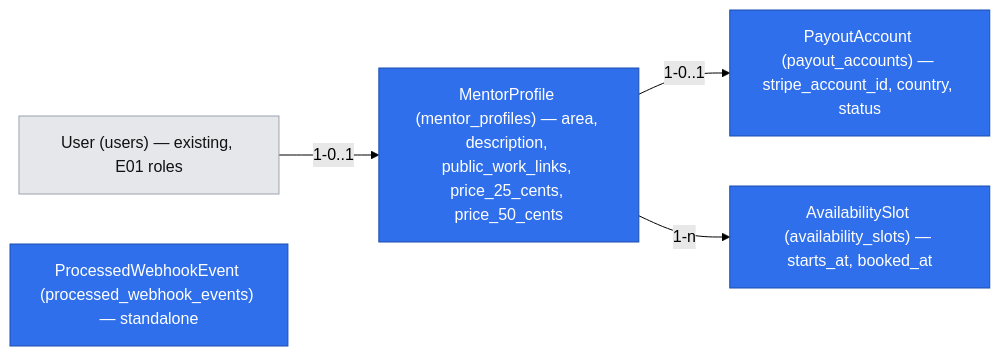
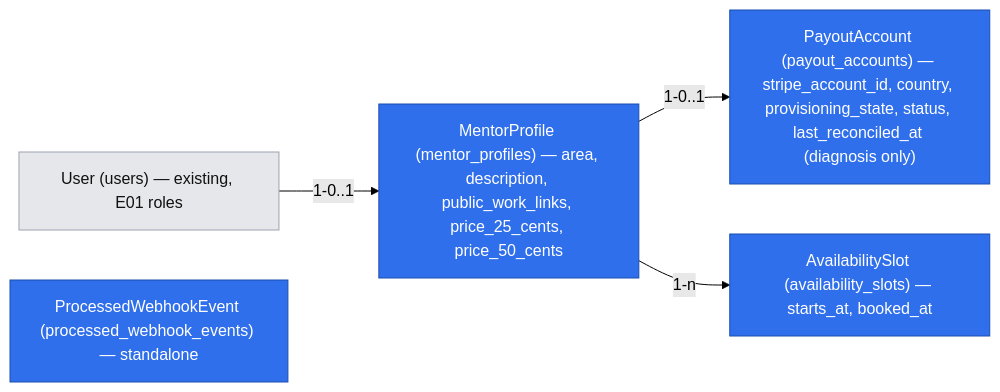
Before and after one commit to rafsaw/ai_techleaders: the second of 2 diagrams in .ai/specs/2026-10-18-mentor-setup.md, drawn with Mermaid (forest theme). The commit also changed other lines of this file and 4 other files, not shown here.

````diff
--- a/.ai/specs/2026-10-18-mentor-setup.md
+++ b/.ai/specs/2026-10-18-mentor-setup.md
@@ -347,15 +375,15 @@
 ```mermaid
 flowchart LR
     classDef newEntity fill:#2f6feb,color:#fff,stroke:#1b4fb0
     classDef existingEntity fill:#e5e7eb,color:#111,stroke:#9ca3af
 
     entity_1["User (users) — existing, E01 roles"]:::existingEntity
     entity_2["MentorProfile (mentor_profiles) — area, description, public_work_links, price_25_cents, price_50_cents"]:::newEntity
-    entity_3["PayoutAccount (payout_accounts) — stripe_account_id, country, status"]:::newEntity
+    entity_3["PayoutAccount (payout_accounts) — stripe_account_id, country, provisioning_state, status, last_reconciled_at (diagnosis only)"]:::newEntity
     entity_4["AvailabilitySlot (availability_slots) — starts_at, booked_at"]:::newEntity
     entity_5["ProcessedWebhookEvent (processed_webhook_events) — standalone"]:::newEntity
 
     entity_1 -->|"1-0..1"| entity_2
     entity_2 -->|"1-0..1"| entity_3
     entity_2 -->|"1-n"| entity_4
 ```
````
